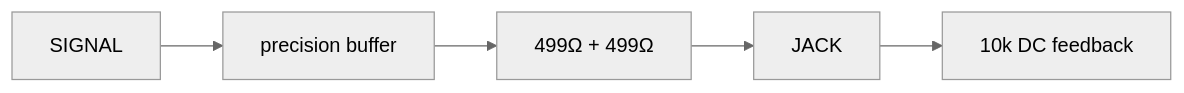
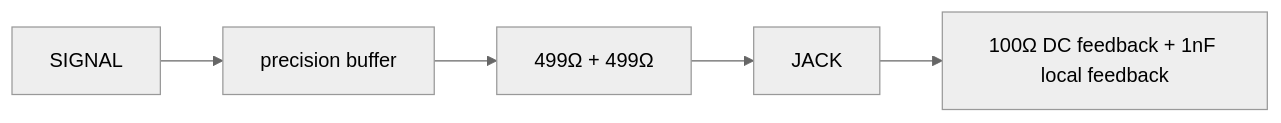
Before and after one commit to Takazudo/zudo-osc-hole-field: the fifth of 19 diagrams in doc/src/content/docs/architecture/osc-standard-cells.mdx, drawn with Mermaid (neutral theme). The commit also changed other lines of this file and 37 other files, not shown here.

````diff
--- a/doc/src/content/docs/architecture/osc-standard-cells.mdx
+++ b/doc/src/content/docs/architecture/osc-standard-cells.mdx
@@ -136,12 +136,12 @@
 ```mermaid
 flowchart LR
   N0["SIGNAL"]
   N1["precision buffer"]
   N2["499Ω + 499Ω"]
   N3["JACK"]
-  N4["10k DC feedback"]
+  N4["100Ω DC feedback + 1nF local feedback"]
   N0 --> N1
   N1 --> N2
   N2 --> N3
   N3 --> N4
 ```
````
